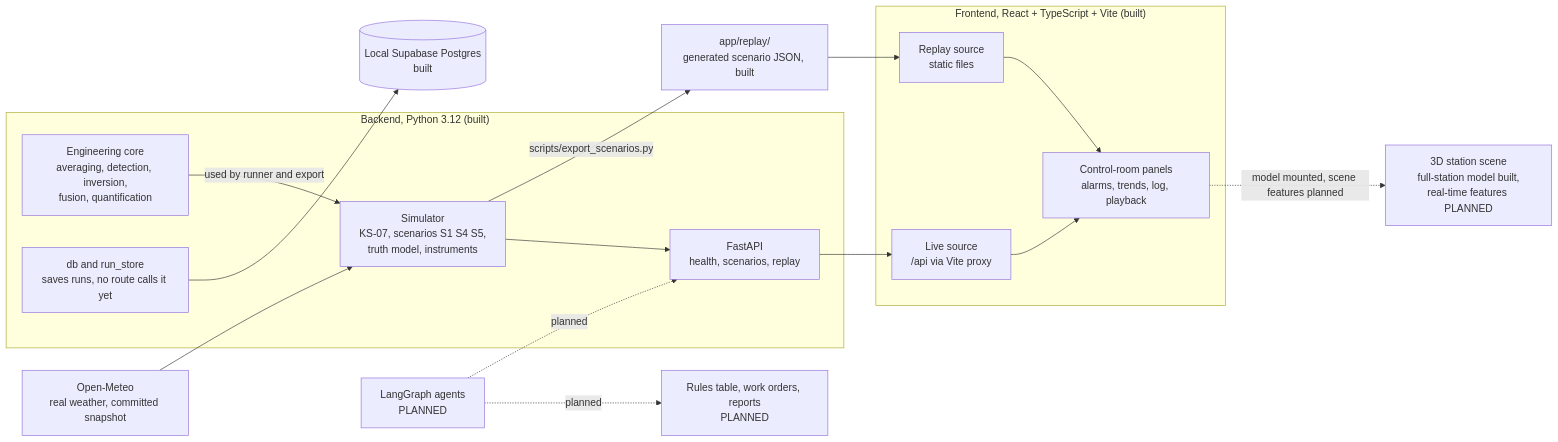
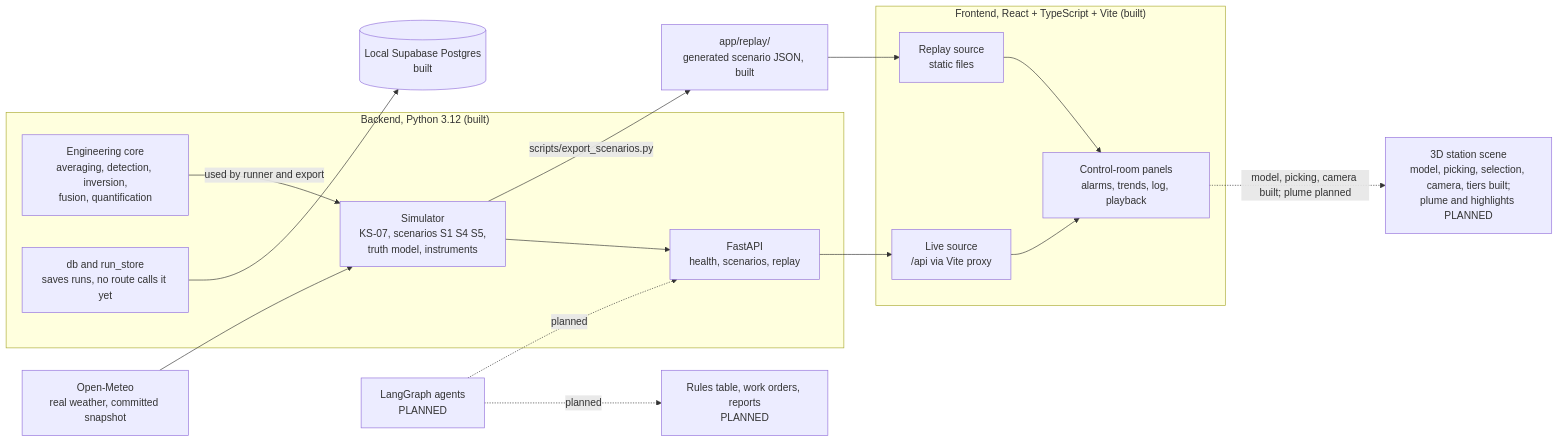
One commit to Nagdy8888/PlumeTrace changed the diagram in docs/README.md. Above: the diagram before and after it, drawn with Mermaid. The commit also changed other lines of this file and 51 other files, not shown here.

First line of the commit message:
feat(3d): add R3F station view with picking, selection, camera and quality tiers

````diff
--- a/docs/README.md
+++ b/docs/README.md
@@ -8,32 +8,32 @@
 ```mermaid
 flowchart LR
     OM["Open-Meteo<br/>real weather, committed snapshot"]
     subgraph BE["Backend, Python 3.12 (built)"]
         SIM["Simulator<br/>KS-07, scenarios S1 S4 S5,<br/>truth model, instruments"]
         ENG["Engineering core<br/>averaging, detection, inversion,<br/>fusion, quantification"]
         API["FastAPI<br/>health, scenarios, replay"]
         STORE["db and run_store<br/>saves runs, no route calls it yet"]
     end
     PG[("Local Supabase Postgres<br/>built")]
     RP["app/replay/<br/>generated scenario JSON, built"]
     subgraph FE["Frontend, React + TypeScript + Vite (built)"]
         LIVE["Live source<br/>/api via Vite proxy"]
         REPL["Replay source<br/>static files"]
         UI["Control-room panels<br/>alarms, trends, log, playback"]
     end
     AG["LangGraph agents<br/>PLANNED"]
-    TD["3D station scene<br/>full-station model built,<br/>real-time features PLANNED"]
+    TD["3D station scene<br/>model, picking, selection, camera, tiers built;<br/>plume and highlights PLANNED"]
     RR["Rules table, work orders, reports<br/>PLANNED"]
     OM --> SIM
     ENG -->|"used by runner and export"| SIM
     SIM --> API
     API --> LIVE
     SIM -->|"scripts/export_scenarios.py"| RP
     RP --> REPL
     LIVE --> UI
     REPL --> UI
     STORE --> PG
     AG -.->|planned| API
     AG -.->|planned| RR
-    UI -.->|"model mounted, scene features planned"| TD
+    UI -.->|"model, picking, camera built; plume planned"| TD
 ```
````
